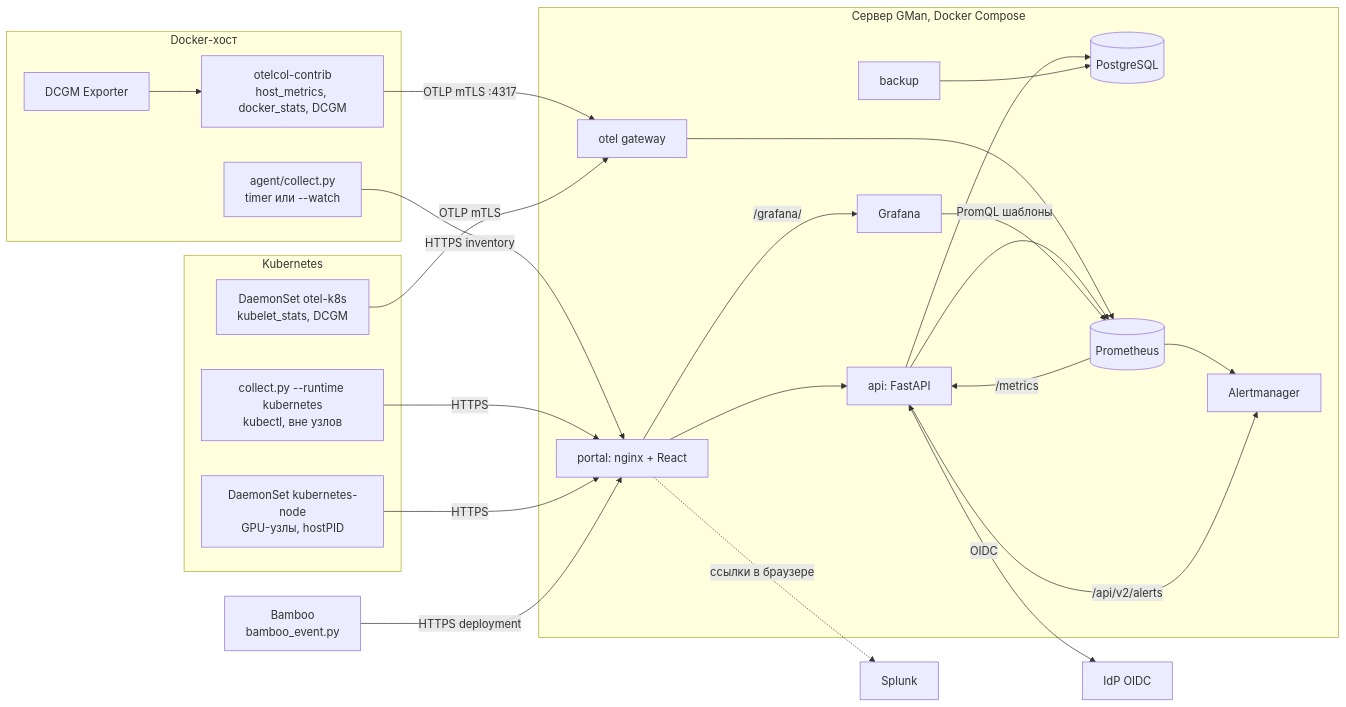
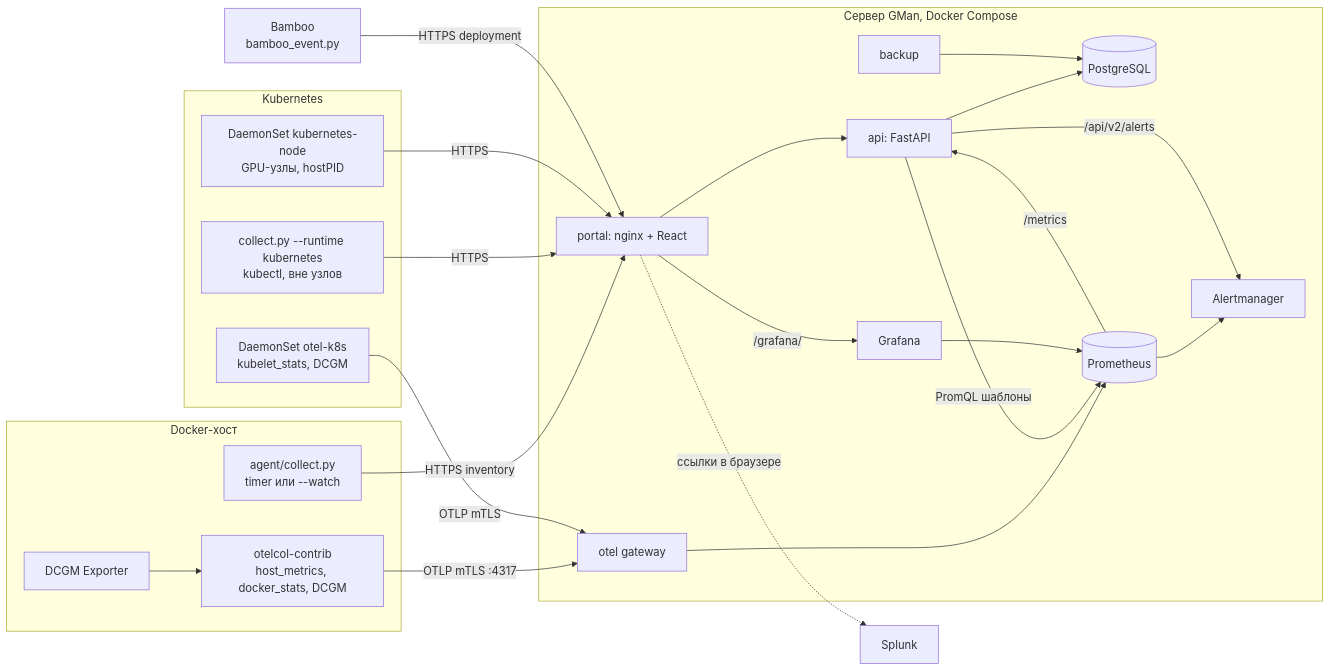
One commit to ryzhy1/gman changed the diagram in docs/architecture.md. Above: the diagram before and after it, drawn with Mermaid. The commit also changed other lines of this file and 61 other files, not shown here.

````diff
--- a/docs/architecture.md
+++ b/docs/architecture.md
@@ -25,44 +25,42 @@
 ```mermaid
 flowchart LR
   subgraph dhost[Docker-хост]
     agent[agent/collect.py<br/>timer или --watch]
     otelN[otelcol-contrib<br/>host_metrics, docker_stats, DCGM]
     dcgm[DCGM Exporter]
   end
   subgraph k8s[Kubernetes]
     kagent[collect.py --runtime kubernetes<br/>kubectl, вне узлов]
     gpuds[DaemonSet kubernetes-node<br/>GPU-узлы, hostPID]
     otelK[DaemonSet otel-k8s<br/>kubelet_stats, DCGM]
   end
   bamboo[Bamboo<br/>bamboo_event.py]
   subgraph srv[Сервер GMan, Docker Compose]
     nginx[portal: nginx + React]
     api[api: FastAPI]
     db[(PostgreSQL)]
     gw[otel gateway]
     prom[(Prometheus)]
     am[Alertmanager]
     graf[Grafana]
     bk[backup]
   end
-  idp[IdP OIDC]
   splunk[Splunk]
   agent -->|"HTTPS inventory"| nginx
   kagent -->|"HTTPS"| nginx
   gpuds -->|"HTTPS"| nginx
   bamboo -->|"HTTPS deployment"| nginx
   dcgm --> otelN
   otelN -->|"OTLP mTLS :4317"| gw
   otelK -->|"OTLP mTLS"| gw
   nginx --> api --> db
   gw --> prom
   prom -->|"/metrics"| api
   prom --> am
   api -->|"PromQL шаблоны"| prom
   api -->|"/api/v2/alerts"| am
   graf --> prom
   nginx -->|"/grafana/"| graf
-  api <-->|OIDC| idp
   bk --> db
   nginx -.->|"ссылки в браузере"| splunk
 ```
````
